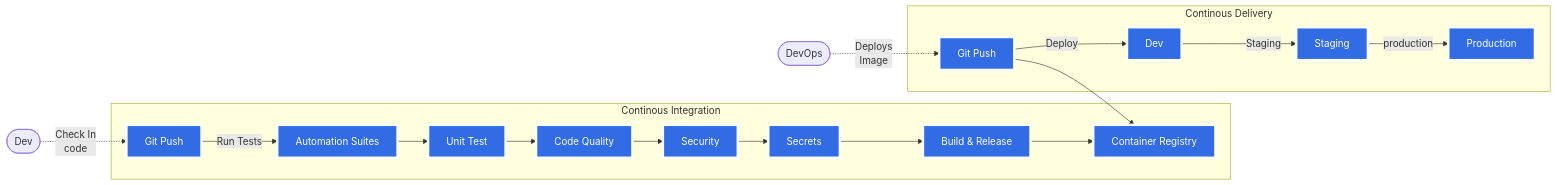
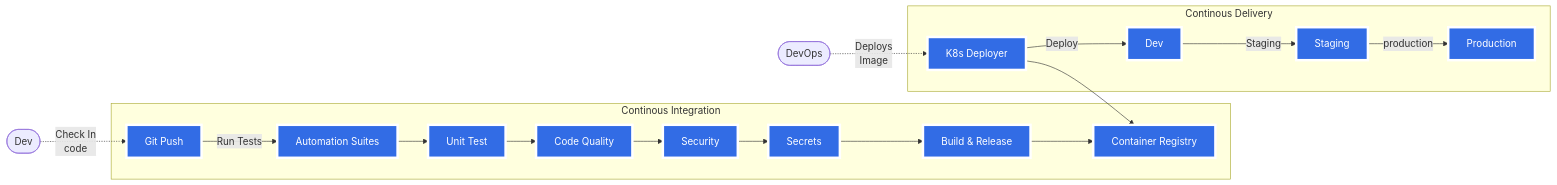
The diagram in docs/v0/ci-cd.md (rajasoun/gitops-experiments), drawn with Mermaid before and after one commit.

Commit message:
ci-cd docs

````diff
--- a/docs/v0/ci-cd.md
+++ b/docs/v0/ci-cd.md
@@ -29,28 +29,28 @@
 ```mermaid
 graph LR;
   classDef plain fill:#ddd,stroke:#fff,stroke-width:4px,color:#000;
   classDef blue_fill fill:#326ce5,stroke:#fff,stroke-width:4px,color:#fff;
   classDef ci fill:#fff,stroke:#bbb,stroke-width:2px,color:#326ce5;
 
   Dev([Dev])-. Check In <br> code .->Github[Git Push];
   Github-->|Run Tests|automation[Automation Suites];
     subgraph Continous Integration
         Github;
         automation-->unit_test[Unit Test];
         unit_test-->code_quality[Code Quality];
         code_quality-->security[Security];
         security-->secrets[Secrets];
         secrets-->build[Build & Release];
         build-->image[Container Registry];
     end
-    DevOps([DevOps])-. Deploys <br> Image .->Microservice[Git Push];
+    DevOps([DevOps])-. Deploys <br> Image .->Microservice[K8s Deployer];
     Microservice-->image[Container Registry];
     subgraph Continous Delivery
         Microservice-->|Deploy|dev[Dev];
         dev-->|Staging|staging[Staging];
         staging-->|production|production[Production];
     end
     
     class Github,automation,unit_test,code_quality,security,secrets,build,image blue_fill;
     class Microservice,dev,staging,production blue_fill;
 ```
````
